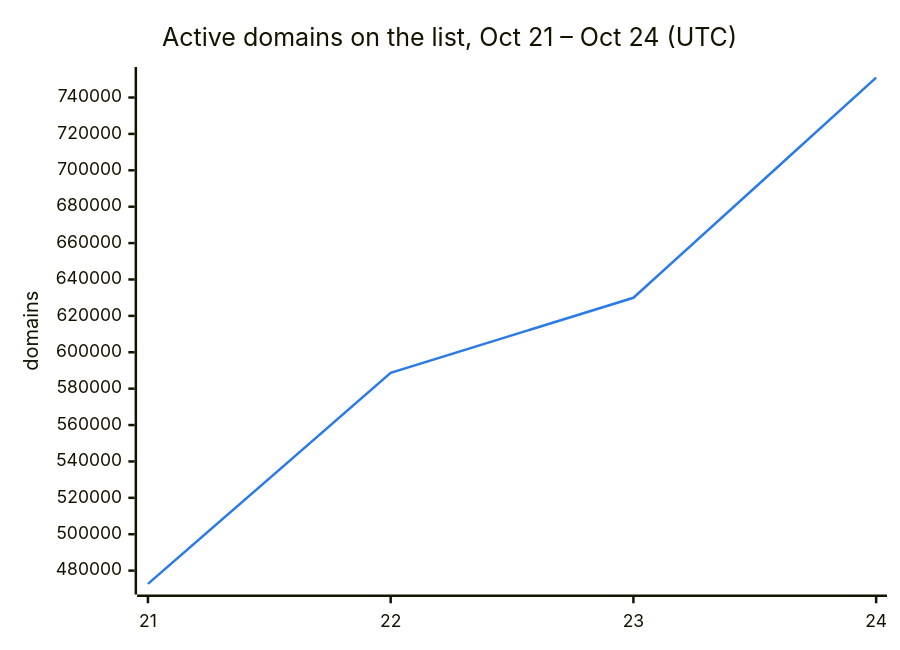
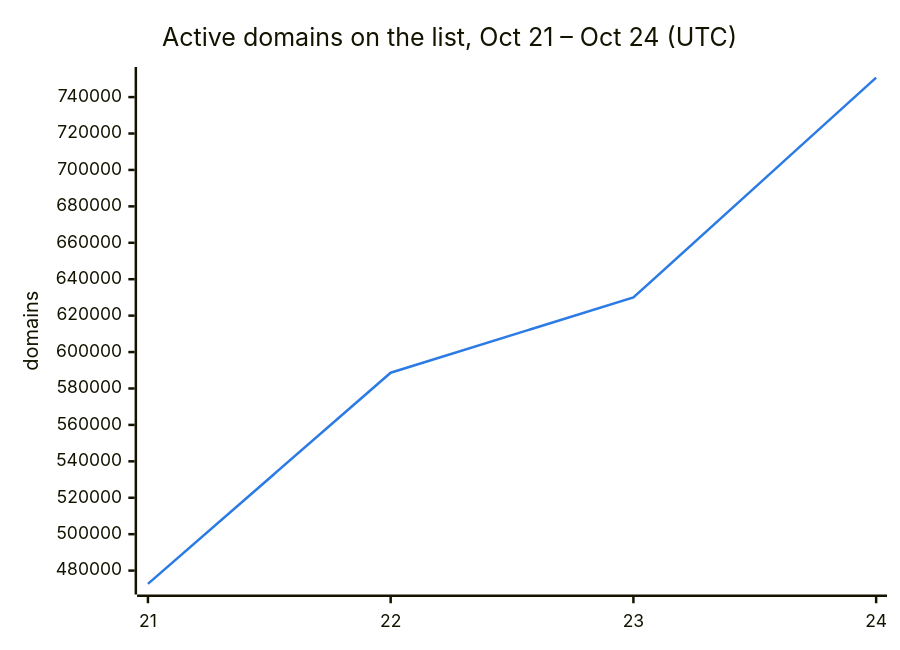
One commit to DNSBunker/CTI changed the second of 3 diagrams in README.md. Above: the diagram before and after it, drawn with Mermaid. The commit also changed other lines of this file and 3 other files, not shown here.

````diff
--- a/README.md
+++ b/README.md
@@ -38,8 +38,8 @@
 ```mermaid
 %%{init: {"themeVariables": {"xyChart": {"plotColorPalette": "#2c7be5"}}}}%%
 xychart-beta
     title "Active domains on the list, Oct 21 – Oct 24 (UTC)"
     x-axis ["21", "22", "23", "24"]
     y-axis "domains"
-    line [472713, 588659, 629951, 750933]
+    line [472713, 588659, 629951, 750688]
 ```
````
